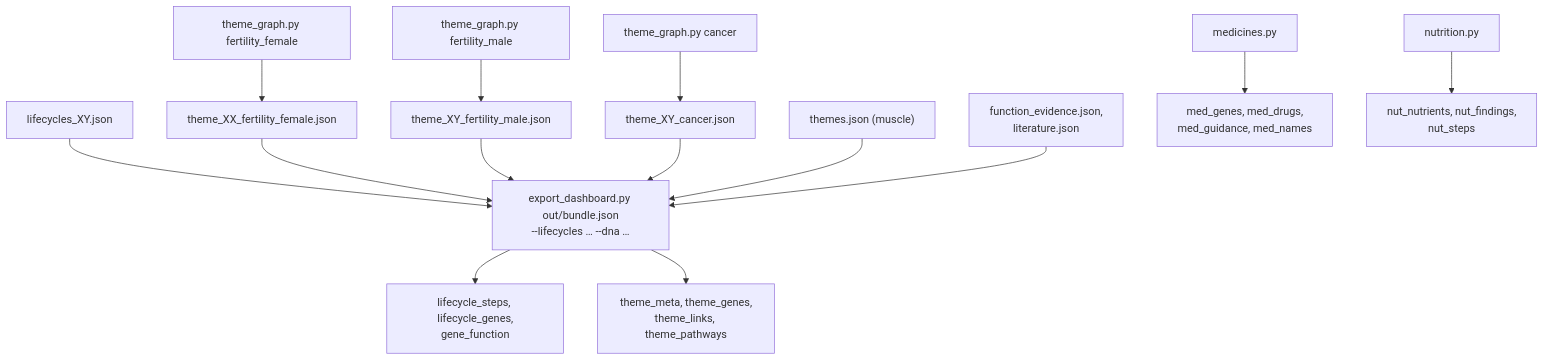
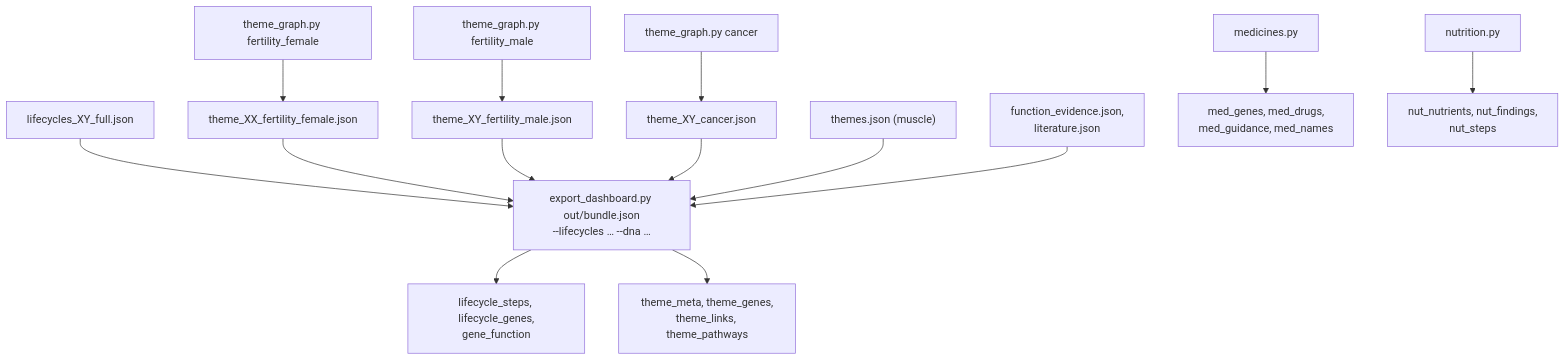
Before and after one commit to Lyceriuss/DNA-Analyzer: the second of 4 diagrams in docs/architecture/explorer.md, drawn with Mermaid. The commit also changed other lines of this file and 3 other files, not shown here.

First line of the commit message:
Docs: the explorer export uses lifecycles_XY_full.json (the 207-gene walk)

````diff
--- a/docs/architecture/explorer.md
+++ b/docs/architecture/explorer.md
@@ -37,14 +37,14 @@
 ```mermaid
 flowchart TB
     T1["theme_graph.py fertility_female"] --> X1["theme_XX_fertility_female.json"]
     T2["theme_graph.py fertility_male"] --> X2["theme_XY_fertility_male.json"]
     T3["theme_graph.py cancer"] --> X3["theme_XY_cancer.json"]
-    LC["lifecycles_XY.json"] --> E
+    LC["lifecycles_XY_full.json"] --> E
     X1 & X2 & X3 --> E["export_dashboard.py out/bundle.json<br/>--lifecycles … --dna …"]
     TH["themes.json (muscle)"] --> E
     EVJ["function_evidence.json,<br/>literature.json"] --> E
     E --> D1["lifecycle_steps, lifecycle_genes,<br/>gene_function"]
     E --> D2["theme_meta, theme_genes,<br/>theme_links, theme_pathways"]
     MP["medicines.py"] --> D3["med_genes, med_drugs,<br/>med_guidance, med_names"]
     NP["nutrition.py"] --> D4["nut_nutrients, nut_findings,<br/>nut_steps"]
 ```
````
